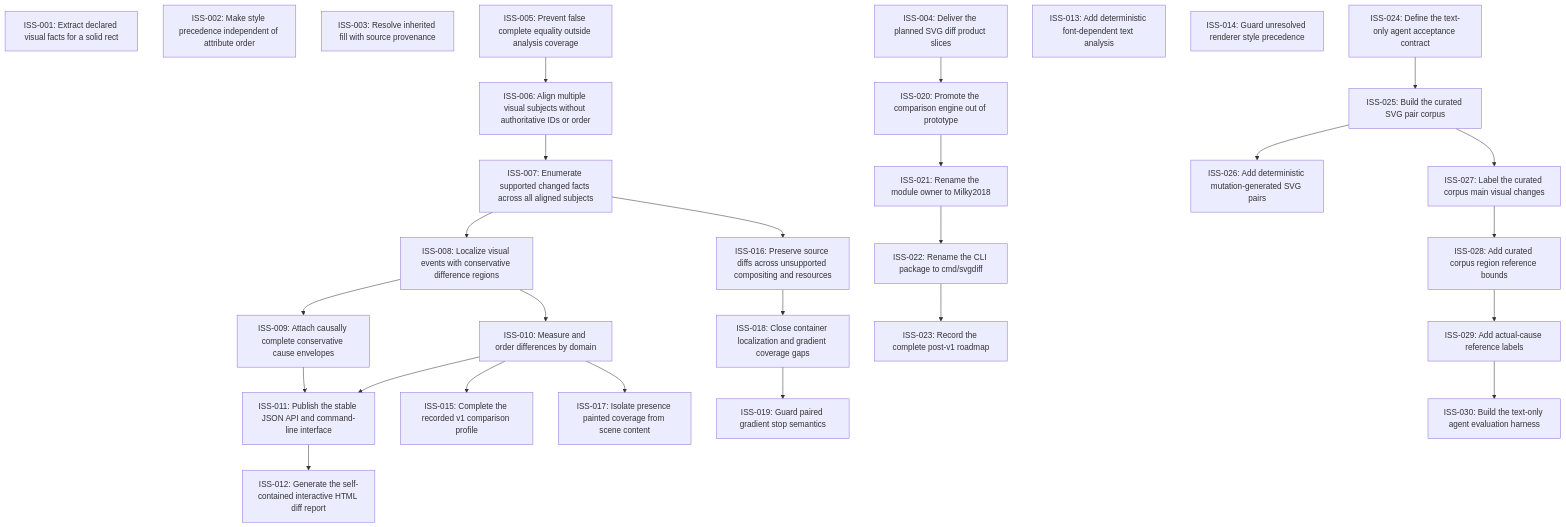
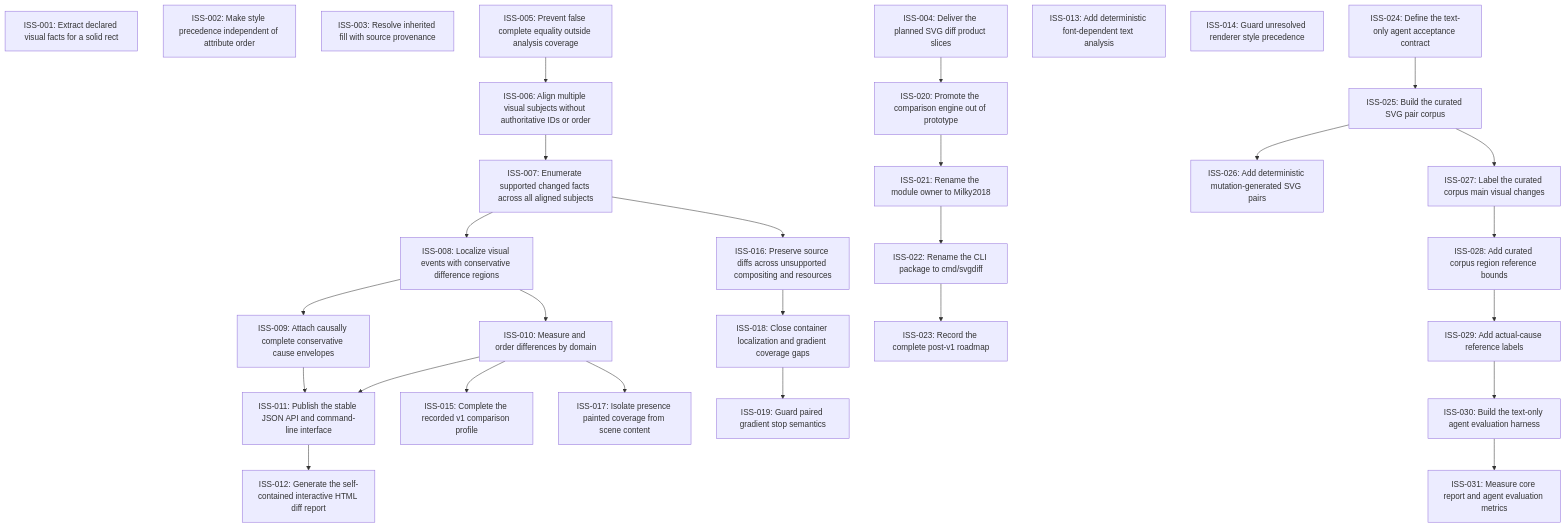
The diagram in issues/README.md (moonbit-community/svgdiff), drawn with Mermaid before and after one commit. The commit also changed 10 other files, not shown here.

Commit message:
Measure core evaluation metrics

````diff
--- a/issues/README.md
+++ b/issues/README.md
@@ -18,56 +18,58 @@
 ```mermaid
 graph TD
   ISS_001["ISS-001: Extract declared visual facts for a solid rect"]
   ISS_002["ISS-002: Make style precedence independent of attribute order"]
   ISS_003["ISS-003: Resolve inherited fill with source provenance"]
   ISS_004["ISS-004: Deliver the planned SVG diff product slices"]
   ISS_005["ISS-005: Prevent false complete equality outside analysis coverage"]
   ISS_006["ISS-006: Align multiple visual subjects without authoritative IDs or order"]
   ISS_007["ISS-007: Enumerate supported changed facts across all aligned subjects"]
   ISS_008["ISS-008: Localize visual events with conservative difference regions"]
   ISS_009["ISS-009: Attach causally complete conservative cause envelopes"]
   ISS_010["ISS-010: Measure and order differences by domain"]
   ISS_011["ISS-011: Publish the stable JSON API and command-line interface"]
   ISS_012["ISS-012: Generate the self-contained interactive HTML diff report"]
   ISS_013["ISS-013: Add deterministic font-dependent text analysis"]
   ISS_014["ISS-014: Guard unresolved renderer style precedence"]
   ISS_015["ISS-015: Complete the recorded v1 comparison profile"]
   ISS_016["ISS-016: Preserve source diffs across unsupported compositing and resources"]
   ISS_017["ISS-017: Isolate presence painted coverage from scene content"]
   ISS_018["ISS-018: Close container localization and gradient coverage gaps"]
   ISS_019["ISS-019: Guard paired gradient stop semantics"]
   ISS_020["ISS-020: Promote the comparison engine out of prototype"]
   ISS_021["ISS-021: Rename the module owner to Milky2018"]
   ISS_022["ISS-022: Rename the CLI package to cmd/svgdiff"]
   ISS_023["ISS-023: Record the complete post-v1 roadmap"]
   ISS_024["ISS-024: Define the text-only agent acceptance contract"]
   ISS_025["ISS-025: Build the curated SVG pair corpus"]
   ISS_026["ISS-026: Add deterministic mutation-generated SVG pairs"]
   ISS_027["ISS-027: Label the curated corpus main visual changes"]
   ISS_028["ISS-028: Add curated corpus region reference bounds"]
   ISS_029["ISS-029: Add actual-cause reference labels"]
   ISS_030["ISS-030: Build the text-only agent evaluation harness"]
+  ISS_031["ISS-031: Measure core report and agent evaluation metrics"]
   ISS_005 --> ISS_006
   ISS_006 --> ISS_007
   ISS_007 --> ISS_008
   ISS_008 --> ISS_009
   ISS_008 --> ISS_010
   ISS_009 --> ISS_011
   ISS_010 --> ISS_011
   ISS_011 --> ISS_012
   ISS_010 --> ISS_015
   ISS_007 --> ISS_016
   ISS_010 --> ISS_017
   ISS_016 --> ISS_018
   ISS_018 --> ISS_019
   ISS_004 --> ISS_020
   ISS_020 --> ISS_021
   ISS_021 --> ISS_022
   ISS_022 --> ISS_023
   ISS_024 --> ISS_025
   ISS_025 --> ISS_026
   ISS_025 --> ISS_027
   ISS_027 --> ISS_028
   ISS_028 --> ISS_029
   ISS_029 --> ISS_030
+  ISS_030 --> ISS_031
 ```
````
